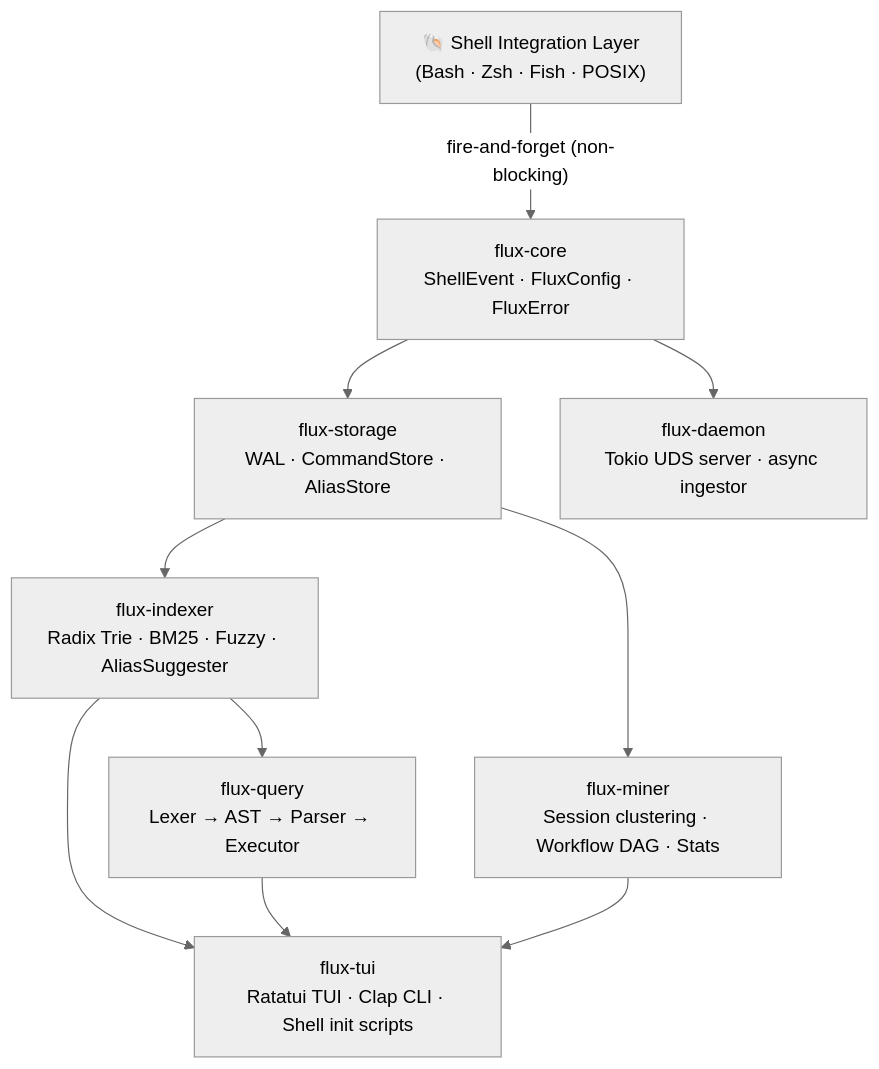
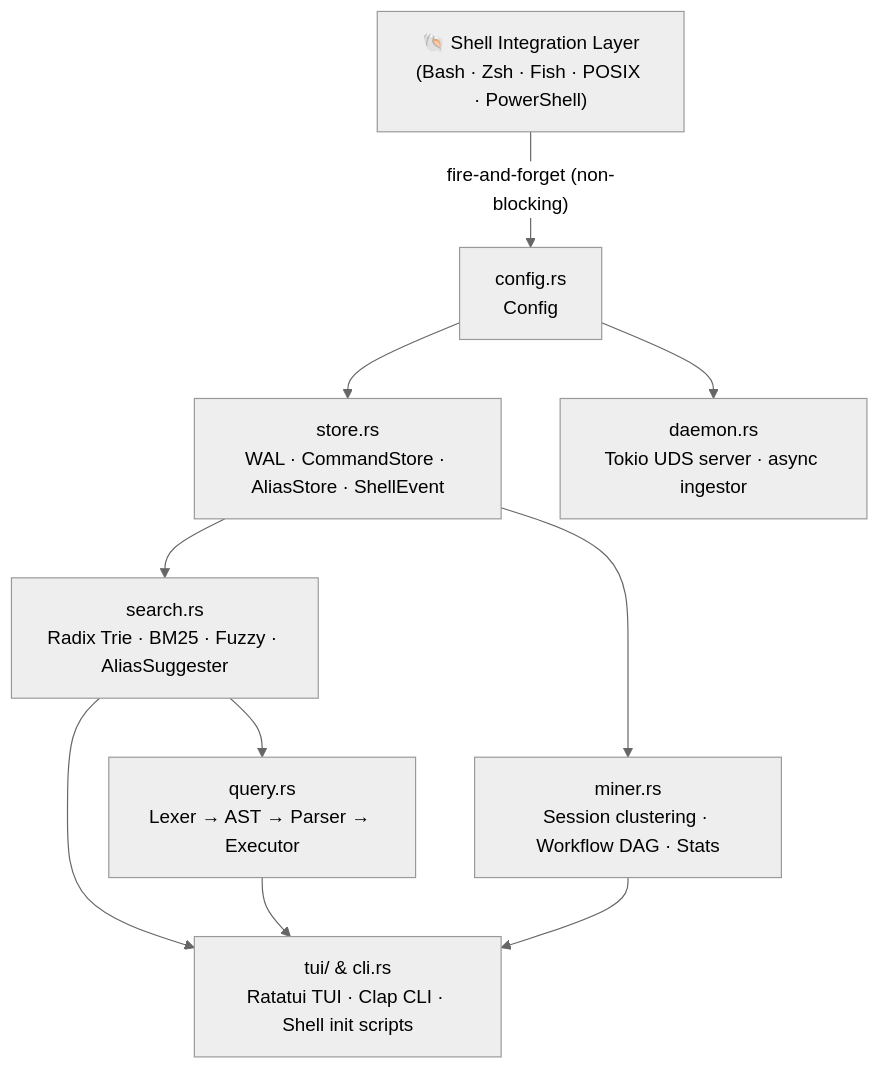
The first of 16 diagrams in README.md (miniCoder6/AlmanX-SIE), drawn with Mermaid (neutral theme) before and after one commit. The commit also changed other lines of this file and 1 other file, not shown here.

````diff
--- a/README.md
+++ b/README.md
@@ -47,21 +47,21 @@
 ```mermaid
 graph TD
-    SHELL["🐚 Shell Integration Layer<br/>(Bash · Zsh · Fish · POSIX)"]
-    CORE["flux-core<br/>ShellEvent · FluxConfig · FluxError"]
-    STORAGE["flux-storage<br/>WAL · CommandStore · AliasStore"]
-    DAEMON["flux-daemon<br/>Tokio UDS server · async ingestor"]
-    INDEXER["flux-indexer<br/>Radix Trie · BM25 · Fuzzy · AliasSuggester"]
-    MINER["flux-miner<br/>Session clustering · Workflow DAG · Stats"]
-    QUERY["flux-query<br/>Lexer → AST → Parser → Executor"]
-    TUI["flux-tui<br/>Ratatui TUI · Clap CLI · Shell init scripts"]
+    SHELL["🐚 Shell Integration Layer<br/>(Bash · Zsh · Fish · POSIX · PowerShell)"]
+    CORE["config.rs<br/>Config"]
+    STORAGE["store.rs<br/>WAL · CommandStore · AliasStore · ShellEvent"]
+    DAEMON["daemon.rs<br/>Tokio UDS server · async ingestor"]
+    INDEXER["search.rs<br/>Radix Trie · BM25 · Fuzzy · AliasSuggester"]
+    MINER["miner.rs<br/>Session clustering · Workflow DAG · Stats"]
+    QUERY["query.rs<br/>Lexer → AST → Parser → Executor"]
+    TUI["tui/ & cli.rs<br/>Ratatui TUI · Clap CLI · Shell init scripts"]
 
     SHELL -->|"fire-and-forget (non-blocking)"| CORE
     CORE --> STORAGE
     CORE --> DAEMON
     STORAGE --> INDEXER
     STORAGE --> MINER
     INDEXER --> QUERY
     INDEXER --> TUI
     QUERY --> TUI
     MINER --> TUI
 ```
````
